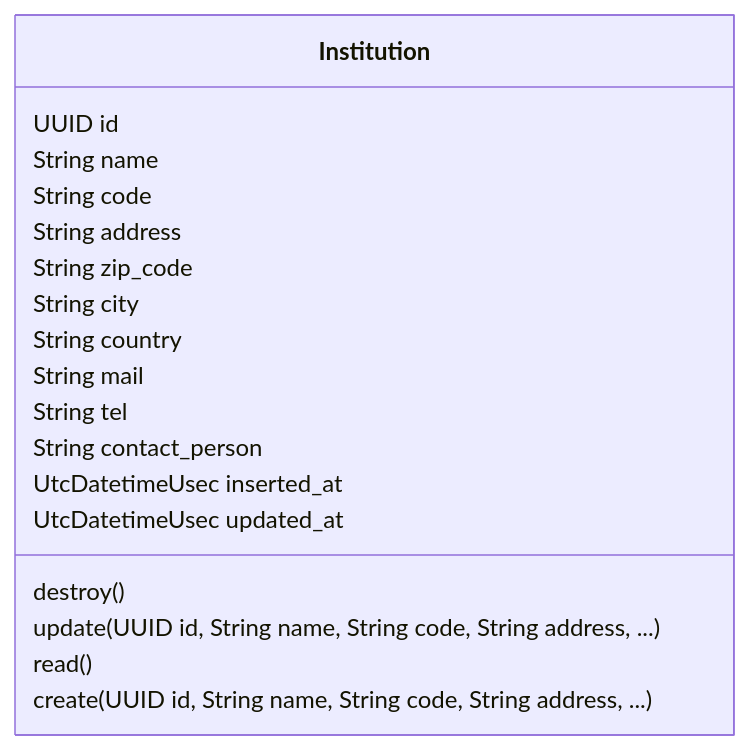
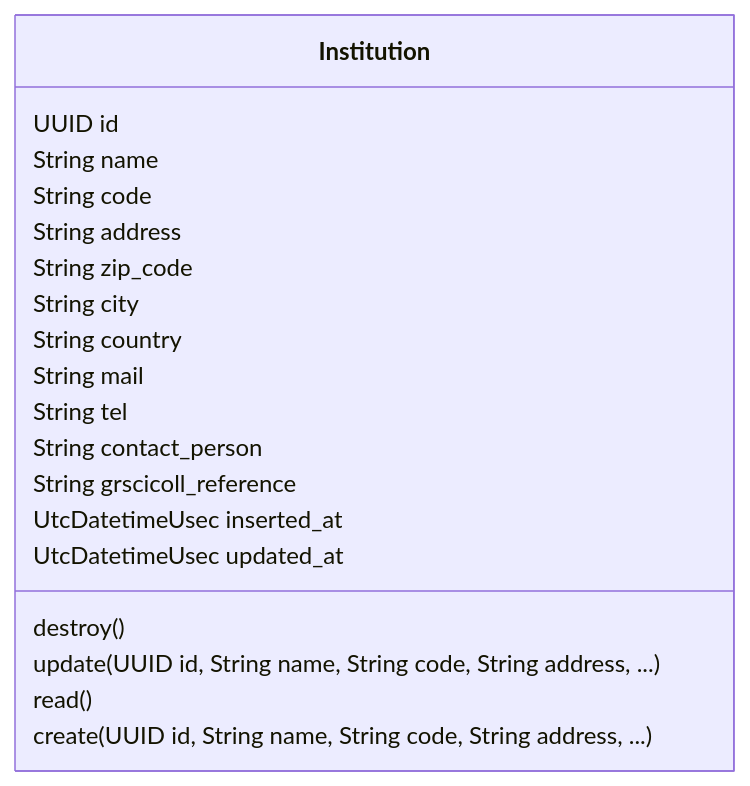
One commit to zebbra/data_aggregator changed the diagram in lib/data_aggregator/platform/platform-mermaid-class-diagram.md. Above: the diagram before and after it, drawn with Mermaid. The commit also changed 66 other files, not shown here.

````diff
--- a/lib/data_aggregator/platform/platform-mermaid-class-diagram.md
+++ b/lib/data_aggregator/platform/platform-mermaid-class-diagram.md
@@ -1,24 +1,25 @@
 ```mermaid
 classDiagram
     class Institution {
         UUID id
         String name
         String code
         String address
         String zip_code
         String city
         String country
         String mail
         String tel
         String contact_person
+        String grscicoll_reference
         UtcDatetimeUsec inserted_at
         UtcDatetimeUsec updated_at
         destroy()
         update(UUID id, String name, String code, String address, ...)
         read()
         create(UUID id, String name, String code, String address, ...)
     }
 
 
 
 ```
````
